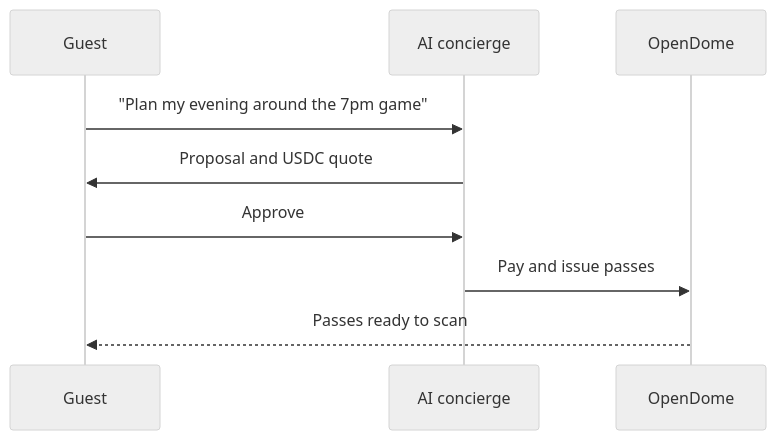
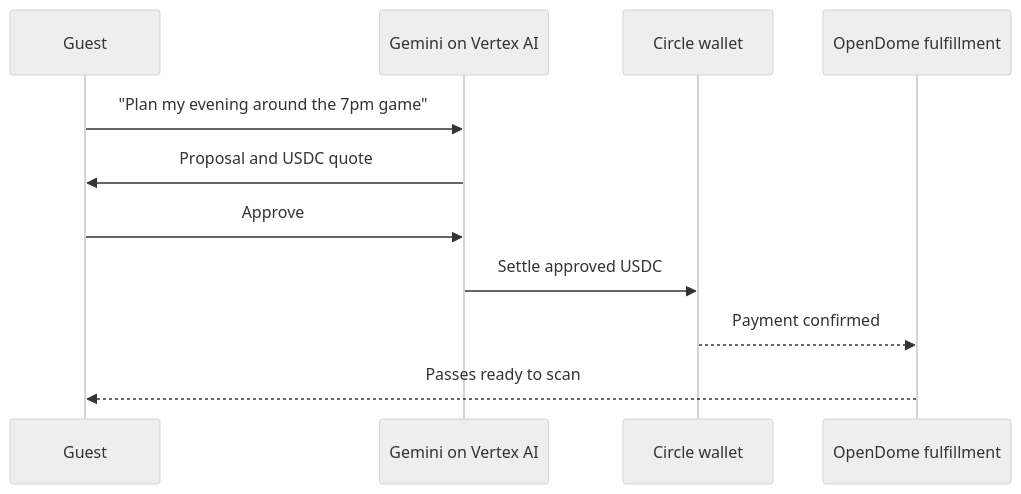
One commit to Effisend-Labs/Open-Dome changed the third of 6 diagrams in README.md. Above: the diagram before and after it, drawn with Mermaid (neutral theme). The commit also changed other lines of this file and 39 other files, not shown here.

````diff
--- a/README.md
+++ b/README.md
@@ -131,12 +141,14 @@
 ```mermaid
 sequenceDiagram
   participant Guest
-  participant Agent as AI concierge
-  participant Platform as OpenDome
+  participant Agent as Gemini on Vertex AI
+  participant Wallet as Circle wallet
+  participant Platform as OpenDome fulfillment
 
   Guest->>Agent: "Plan my evening around the 7pm game"
   Agent->>Guest: Proposal and USDC quote
   Guest->>Agent: Approve
-  Agent->>Platform: Pay and issue passes
+  Agent->>Wallet: Settle approved USDC
+  Wallet-->>Platform: Payment confirmed
   Platform-->>Guest: Passes ready to scan
 ```
````
